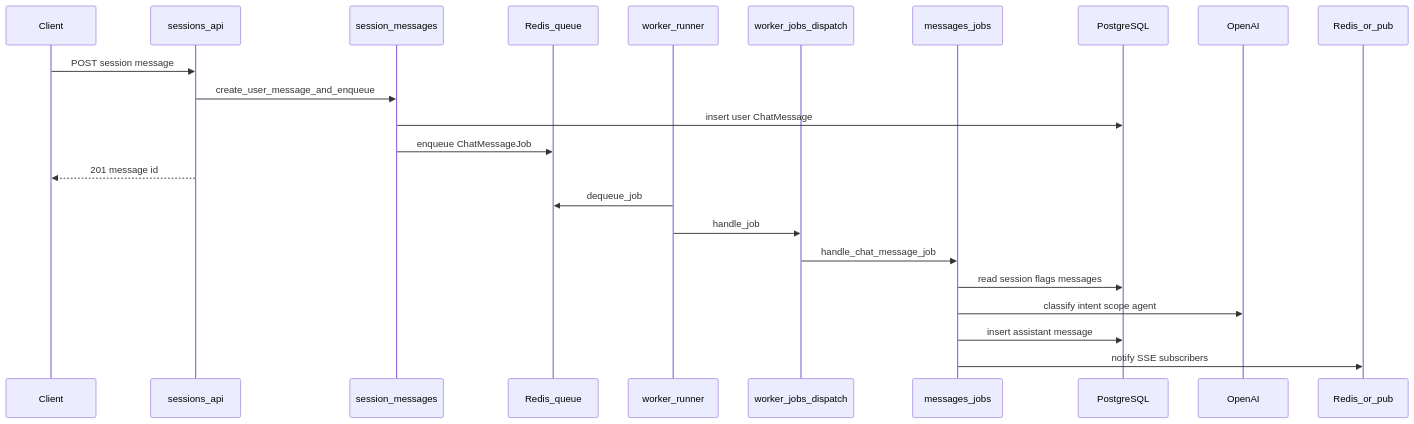
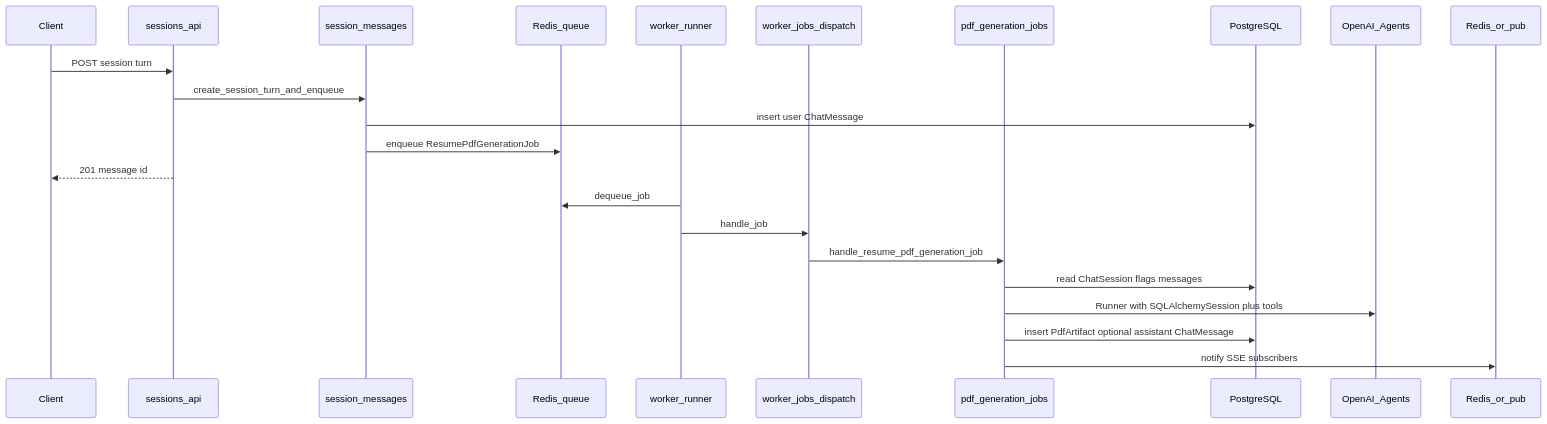
Before and after one commit to Chhunneng/cs529-ai-project1: the second of 3 diagrams in backend/docs/ARCHITECTURE.md, drawn with Mermaid. The commit also changed other lines of this file and 96 other files, not shown here.

First line of the commit message:
feat: PDF-first chat, app.llm agents, baseline migrations, template tooling

````diff
--- a/backend/docs/ARCHITECTURE.md
+++ b/backend/docs/ARCHITECTURE.md
@@ -78,26 +74,26 @@
 ```mermaid
 sequenceDiagram
   participant Client
   participant API as sessions_api
   participant SM as session_messages
   participant Redis as Redis_queue
   participant Worker as worker_runner
   participant Dispatch as worker_jobs_dispatch
-  participant Job as messages_jobs
+  participant Job as pdf_generation_jobs
   participant DB as PostgreSQL
-  participant OAI as OpenAI
+  participant OAI as OpenAI_Agents
 
-  Client->>API: POST session message
-  API->>SM: create_user_message_and_enqueue
+  Client->>API: POST session turn
+  API->>SM: create_session_turn_and_enqueue
   SM->>DB: insert user ChatMessage
-  SM->>Redis: enqueue ChatMessageJob
+  SM->>Redis: enqueue ResumePdfGenerationJob
   API-->>Client: 201 message id
 
   Worker->>Redis: dequeue_job
   Worker->>Dispatch: handle_job
-  Dispatch->>Job: handle_chat_message_job
-  Job->>DB: read session flags messages
-  Job->>OAI: classify intent scope agent
-  Job->>DB: insert assistant message
+  Dispatch->>Job: handle_resume_pdf_generation_job
+  Job->>DB: read ChatSession flags messages
+  Job->>OAI: Runner with SQLAlchemySession plus tools
+  Job->>DB: insert PdfArtifact optional assistant ChatMessage
   Job->>Redis_or_pub: notify SSE subscribers
 ```
````
